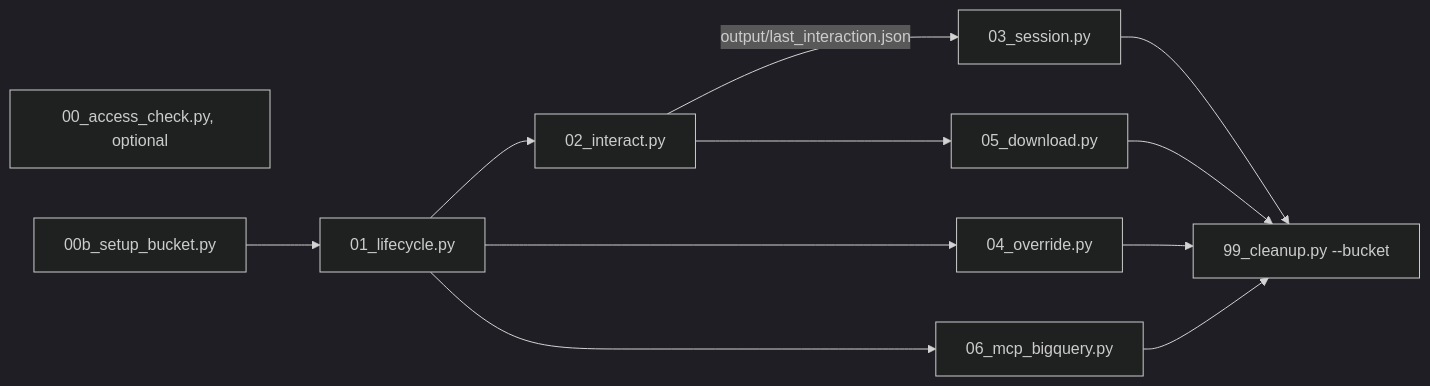
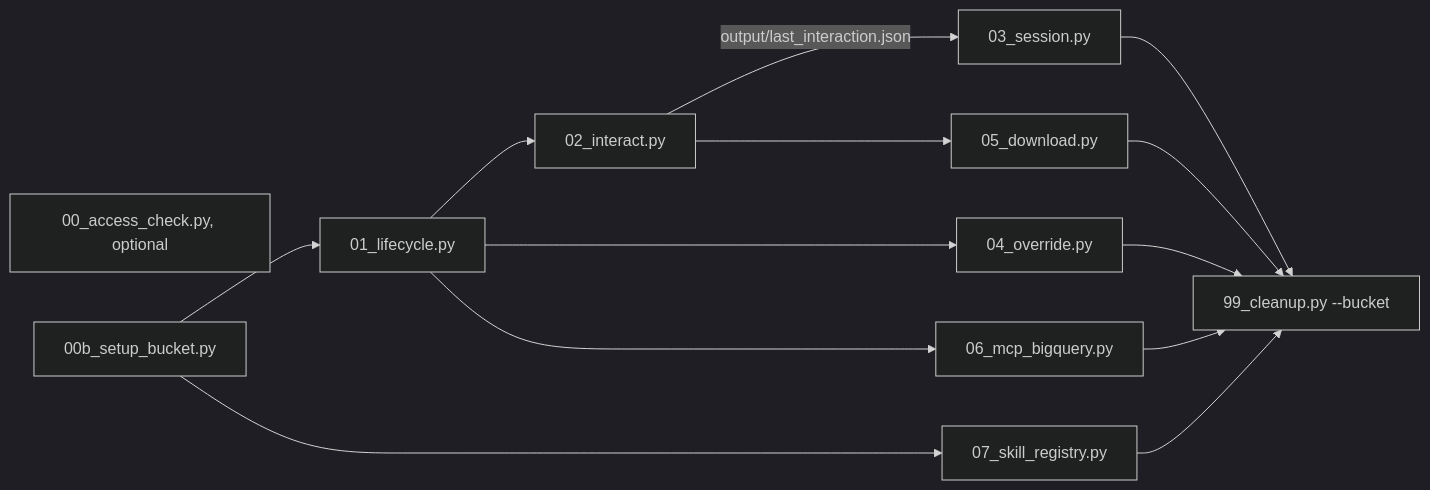
The seventh of 8 diagrams in managed_agents_api/README.md (tohweizhong/agentic-demos), drawn with Mermaid (dark theme) before and after one commit. The commit also changed other lines of this file and 10 other files, not shown here.

First line of the commit message:
feat(managed-agents-demo): Add a Skill Registry skill in a second agent

````diff
--- a/managed_agents_api/README.md
+++ b/managed_agents_api/README.md
@@ -172,14 +192,16 @@
 ```mermaid
 flowchart LR
     s0["00_access_check.py, optional"]
     s1["00b_setup_bucket.py"] --> s2["01_lifecycle.py"]
     s2 --> s3["02_interact.py"]
     s3 -->|"output/last_interaction.json"| s4["03_session.py"]
     s2 --> s5["04_override.py"]
     s3 --> s6["05_download.py"]
     s2 --> s7["06_mcp_bigquery.py"]
+    s1 --> s8["07_skill_registry.py"]
+    s8 --> s9
     s4 --> s9["99_cleanup.py --bucket"]
     s5 --> s9
     s6 --> s9
     s7 --> s9
 ```
````
